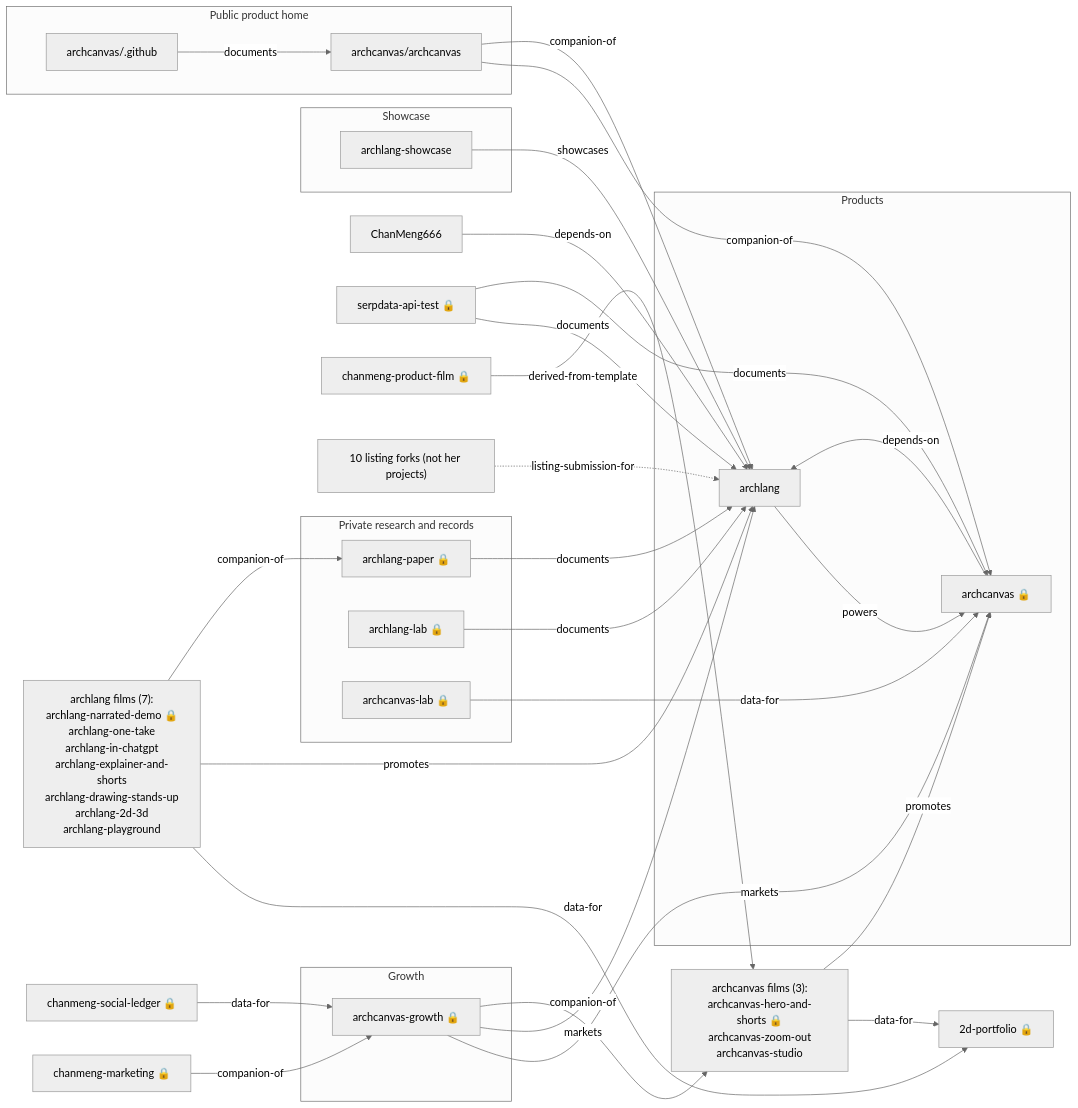
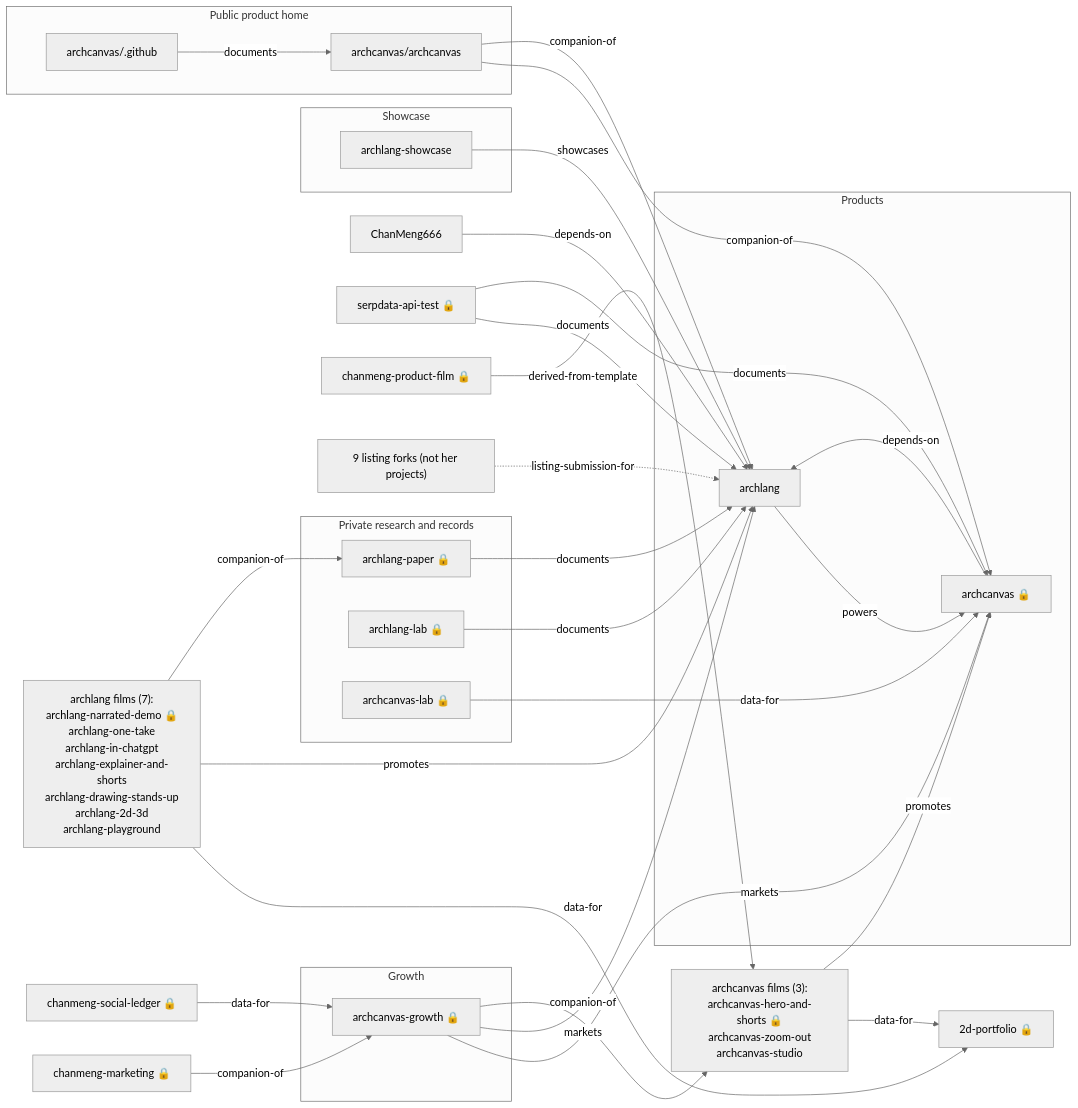
Before and after one commit to ChanMeng666/ChanMeng666: the diagram in docs/ecosystem/archlang-context.md, drawn with Mermaid (neutral theme). The commit also changed other lines of this file and 7 other files, not shown here.

````diff
--- a/docs/ecosystem/archlang-context.md
+++ b/docs/ecosystem/archlang-context.md
@@ -26,55 +26,55 @@
 ```mermaid
 flowchart LR
   subgraph Products["Products"]
     ChanMeng666_archlang["archlang"]
     ChanMeng666_archcanvas["archcanvas 🔒"]
   end
   subgraph Growth["Growth"]
     ChanMeng666_archcanvas_growth["archcanvas-growth 🔒"]
   end
   subgraph Private_research_and_records["Private research and records"]
     ChanMeng666_archlang_paper["archlang-paper 🔒"]
     ChanMeng666_archlang_lab["archlang-lab 🔒"]
     ChanMeng666_archcanvas_lab["archcanvas-lab 🔒"]
   end
   subgraph Showcase["Showcase"]
     ChanMeng666_archlang_showcase["archlang-showcase"]
   end
   subgraph Public_product_home["Public product home"]
     archcanvas_archcanvas["archcanvas/archcanvas"]
     archcanvas__github["archcanvas/.github"]
   end
   films_ChanMeng666_archcanvas["archcanvas films (3):<br/>archcanvas-hero-and-shorts 🔒<br/>archcanvas-zoom-out<br/>archcanvas-studio"]
   films_ChanMeng666_archlang["archlang films (7):<br/>archlang-narrated-demo 🔒<br/>archlang-one-take<br/>archlang-in-chatgpt<br/>archlang-explainer-and-shorts<br/>archlang-drawing-stands-up<br/>archlang-2d-3d<br/>archlang-playground"]
   ChanMeng666_chanmeng_social_ledger["chanmeng-social-ledger 🔒"]
   ChanMeng666_2d_portfolio["2d-portfolio 🔒"]
   ChanMeng666_ChanMeng666["ChanMeng666"]
   ChanMeng666_chanmeng_marketing["chanmeng-marketing 🔒"]
   ChanMeng666_serpdata_api_test["serpdata-api-test 🔒"]
   ChanMeng666_chanmeng_product_film["chanmeng-product-film 🔒"]
   ChanMeng666_chanmeng_social_ledger -->|data-for| ChanMeng666_archcanvas_growth
   ChanMeng666_archcanvas -->|depends-on| ChanMeng666_archlang
   ChanMeng666_archlang -->|powers| ChanMeng666_archcanvas
   archcanvas_archcanvas -->|companion-of| ChanMeng666_archcanvas
   archcanvas__github -->|documents| archcanvas_archcanvas
   ChanMeng666_archcanvas_growth -->|markets| ChanMeng666_archcanvas
   ChanMeng666_archcanvas_growth -->|markets| ChanMeng666_archlang
   films_ChanMeng666_archcanvas -->|promotes| ChanMeng666_archcanvas
   films_ChanMeng666_archcanvas -->|data-for| ChanMeng666_2d_portfolio
   films_ChanMeng666_archlang -->|data-for| ChanMeng666_2d_portfolio
   ChanMeng666_ChanMeng666 -->|depends-on| ChanMeng666_archlang
   ChanMeng666_chanmeng_marketing -->|companion-of| ChanMeng666_archcanvas_growth
   ChanMeng666_serpdata_api_test -->|documents| ChanMeng666_archlang
   ChanMeng666_serpdata_api_test -->|documents| ChanMeng666_archcanvas
   ChanMeng666_archcanvas_growth -->|companion-of| films_ChanMeng666_archcanvas
   ChanMeng666_archlang_paper -->|documents| ChanMeng666_archlang
   ChanMeng666_archlang_lab -->|documents| ChanMeng666_archlang
   ChanMeng666_archcanvas_lab -->|data-for| ChanMeng666_archcanvas
   ChanMeng666_archlang_showcase -->|showcases| ChanMeng666_archlang
   films_ChanMeng666_archlang -->|promotes| ChanMeng666_archlang
   films_ChanMeng666_archlang -->|companion-of| ChanMeng666_archlang_paper
   ChanMeng666_chanmeng_product_film -->|derived-from-template| films_ChanMeng666_archcanvas
   archcanvas_archcanvas -->|companion-of| ChanMeng666_archlang
-  forks["10 listing forks (not her projects)"]
+  forks["9 listing forks (not her projects)"]
   forks -.->|listing-submission-for| ChanMeng666_archlang
 ```
````
